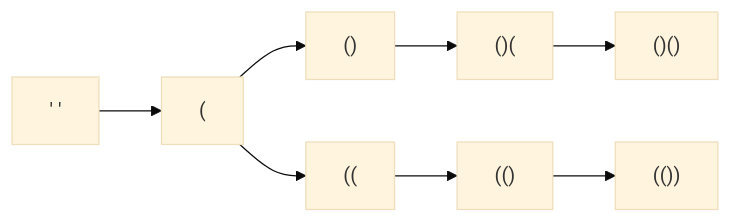
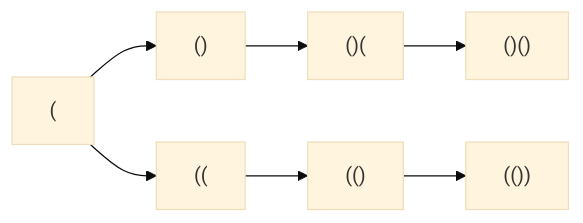
The diagram in _drafts/dyck.md (luisgrivas/luisgrivas.github.io), drawn with Mermaid (base theme) before and after one commit. The commit also changed other lines of this file, not shown here.

`````diff
--- a/_drafts/dyck.md
+++ b/_drafts/dyck.md
@@ -53,10 +65,9 @@
 ```mermaid
 flowchart LR
-   A["' '"] --> B["("];
-   B --> C["()"];
+   B["("] --> C["()"];
    B --> D["(("];
    D --> E["(()"];
    E --> F["(())"];
    C --> G["()("];
    G --> H["()()"]
 ````
`````
